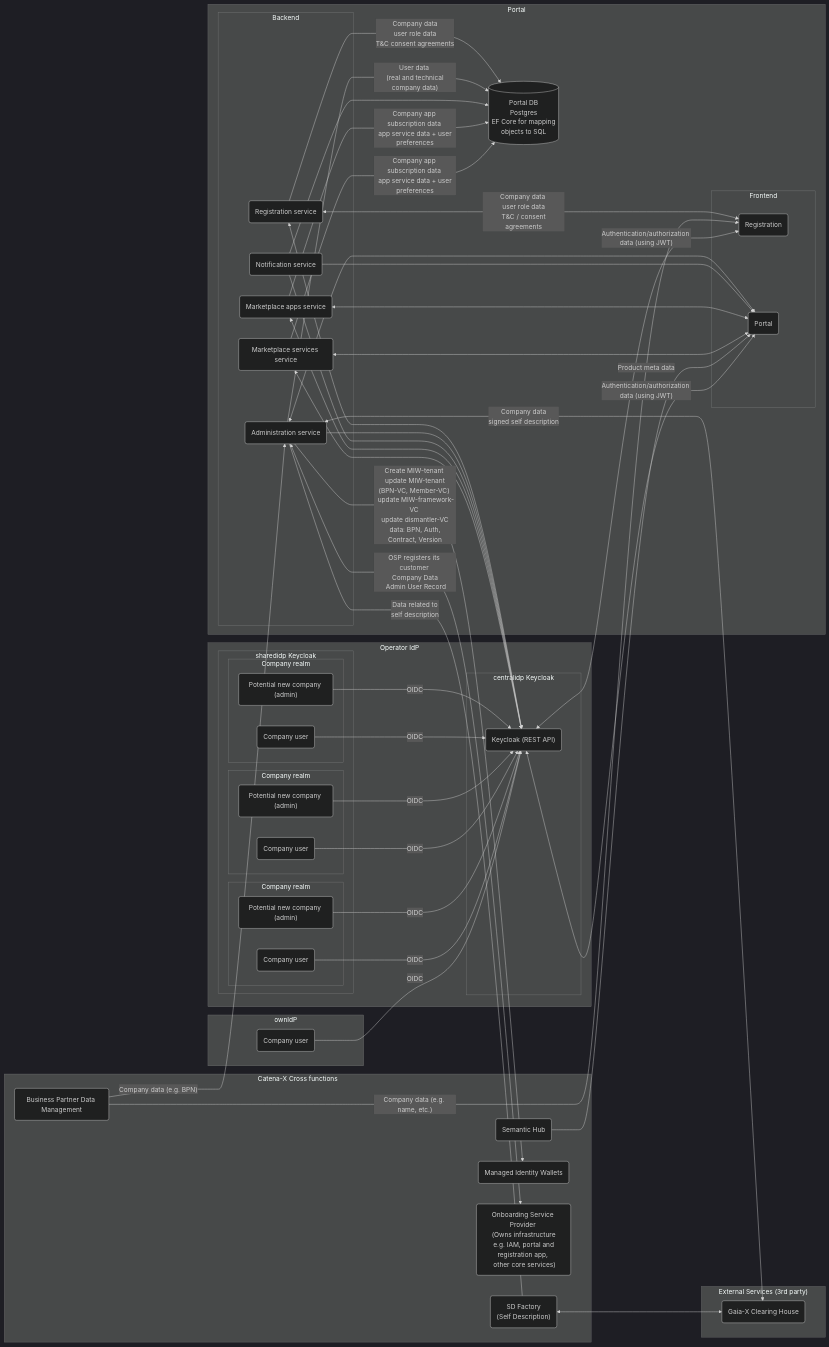
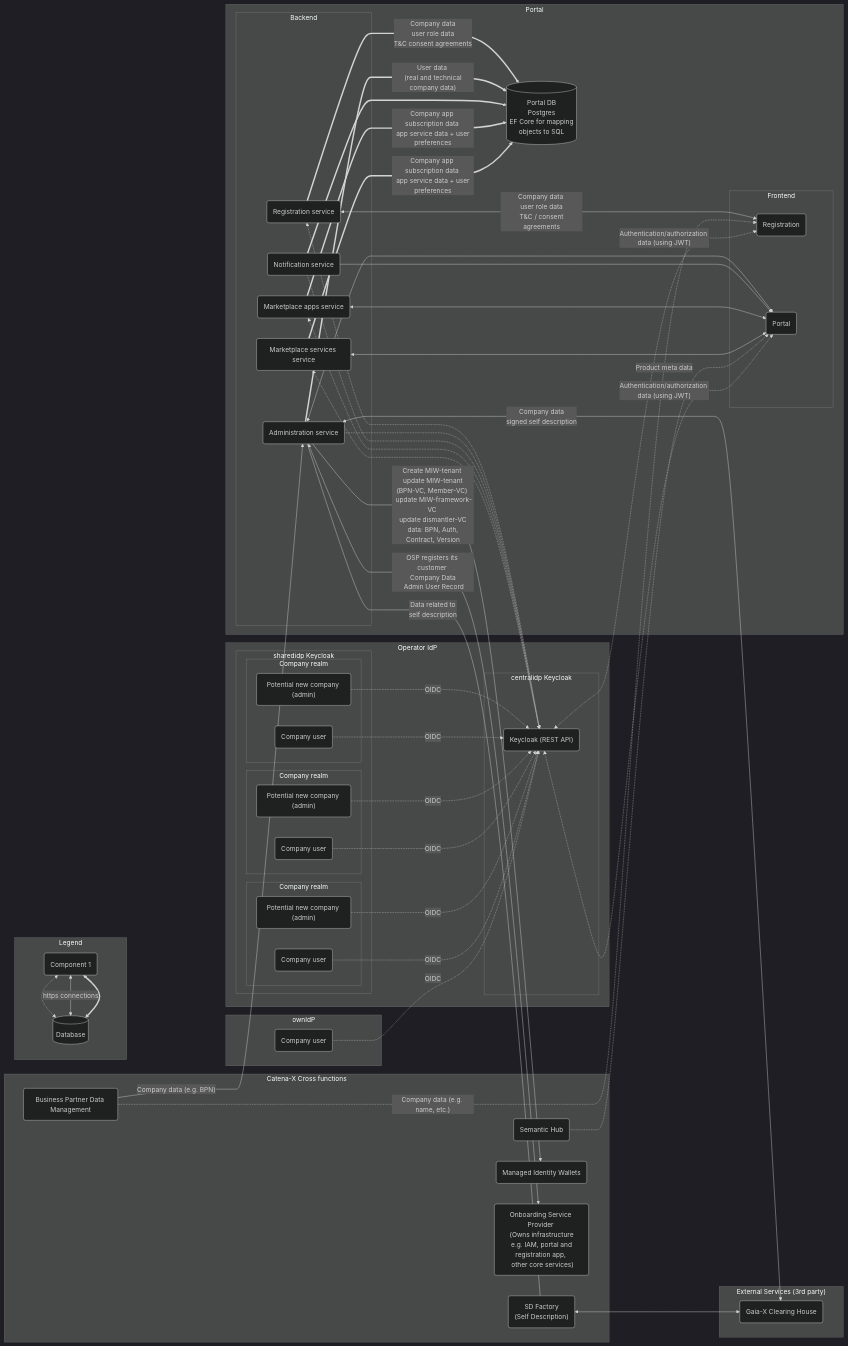
Before and after one commit to eclipse-tractusx/portal-assets: the diagram in developer/Technical Documentation/Architecture/Security-Assessment.md, drawn with Mermaid (dark theme).

Commit message:
Update Security-Assessment.md
added dotted lines and bold lines for better visualization. Also added an overview/legend of symbol meanings

````diff
--- a/developer/Technical Documentation/Architecture/Security-Assessment.md
+++ b/developer/Technical Documentation/Architecture/Security-Assessment.md
@@ -112,35 +112,37 @@
     subgraph ext["External Services (3rd party)"]
     CH
     end
-
-    RS <-->|Company data \n user role data \n T&C / consent agreements| RF
-    RS <--> K
-    RS -->|Company data \n user role data \n T&C consent agreements| PDB
-
-    AS --> K
+RS <-->|Company data \n user role data \n T&C / consent agreements| RF
+    RS <-.-> K
+    RS ==>|Company data \n user role data \n T&C consent agreements| PDB
+    AS -.-> K
     AS <--> PF
-    AS -->|"User data \n (real and technical company data)"| PDB
+    AS ==>|"User data \n (real and technical company data)"| PDB
     AS ---|Data related to \n self description| SDF
     AS -->|"Create MIW-tenant \n update MIW-tenant (BPN-VC, Member-VC) \n update MIW-framework-VC \n update dismantler-VC \n data: BPN, Auth, Contract, Version"| MIW
     AS <-->|Company data \n signed self description| CH
     AS <-->|OSP registers its customer \n Company Data \n Admin User Record| OSP
-
-    NS --> PDB & PF & K
-
-    BPDM -->|"Company data (e.g. name, etc.)"| RF
+    NS --> PF
+    NS ==> PDB
+    NS -.-> K
+    BPDM -.->|"Company data (e.g. name, etc.)"| RF
     BPDM -->|"Company data (e.g. BPN)"| AS
-
-    MAS -->|Company app subscription data \n app service data + user preferences| PDB
-    MAS <--> K & PF
-
-    MSS <--> PF & K
-    MSS -->|Company app subscription data \n app service data + user preferences| PDB
-
+    MAS ==>|Company app subscription data \n app service data + user preferences| PDB
+    MAS <--> PF
+    MAS <-.-> K
+    MSS <--> PF
+    MSS <-.-> K
+    MSS ==>|Company app subscription data \n app service data + user preferences| PDB
     SDF <--> CH
-
-    SDT -->|Product meta data| PF
-
-    NC1 & CU-Shared1 & NC2 & CU-Shared2 & NC3 & CU-Shared3 & CU-Own --> |OIDC| K
-
-    K <--> |"Authentication/authorization data (using JWT)"| RF & PF
+    SDT -.->|Product meta data| PF
+    NC1 & CU-Shared1 & NC2 & CU-Shared2 & NC3 & CU-Shared3 & CU-Own -.-> |OIDC| K
+    K <-.-> |"Authentication/authorization data (using JWT)"| RF & PF
+    subgraph Legend
+        C1("Component 1")
+        D1[("Database")]
+        C1 <-.-> D1
+        C1 <--> |https connections| D1 
+        C1 <==> D1
+        
+    end
 ```
````
